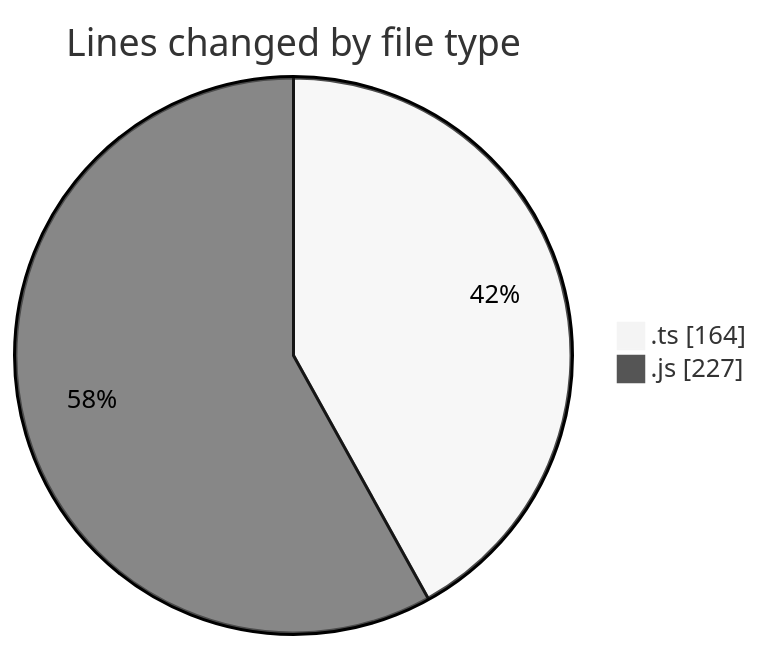
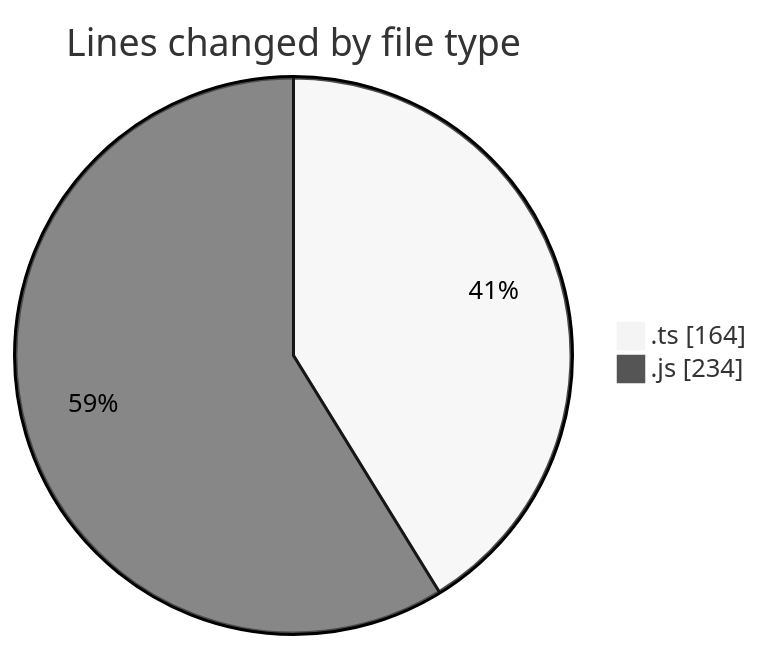
Before and after one commit to momahboobian/code-tracking: the first of 2 diagrams in 2025-03-12/cda/README.md, drawn with Mermaid (neutral theme). The commit also changed other lines of this file and 1 other file, not shown here.

````diff
--- a/2025-03-12/cda/README.md
+++ b/2025-03-12/cda/README.md
@@ -24,6 +24,6 @@
 ```mermaid
 pie showData
 title Lines changed by file type
 ".ts" : 164
-".js" : 227
+".js" : 234
 ```
````
